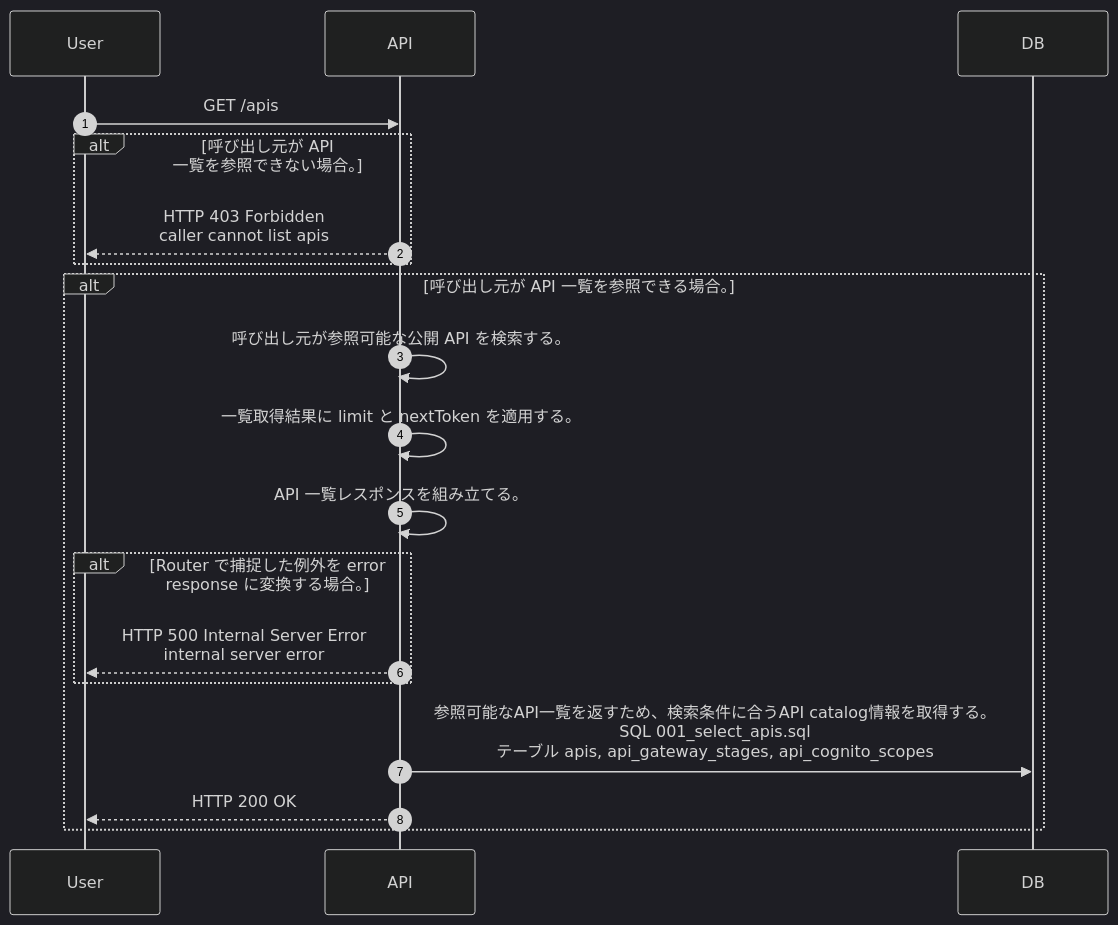
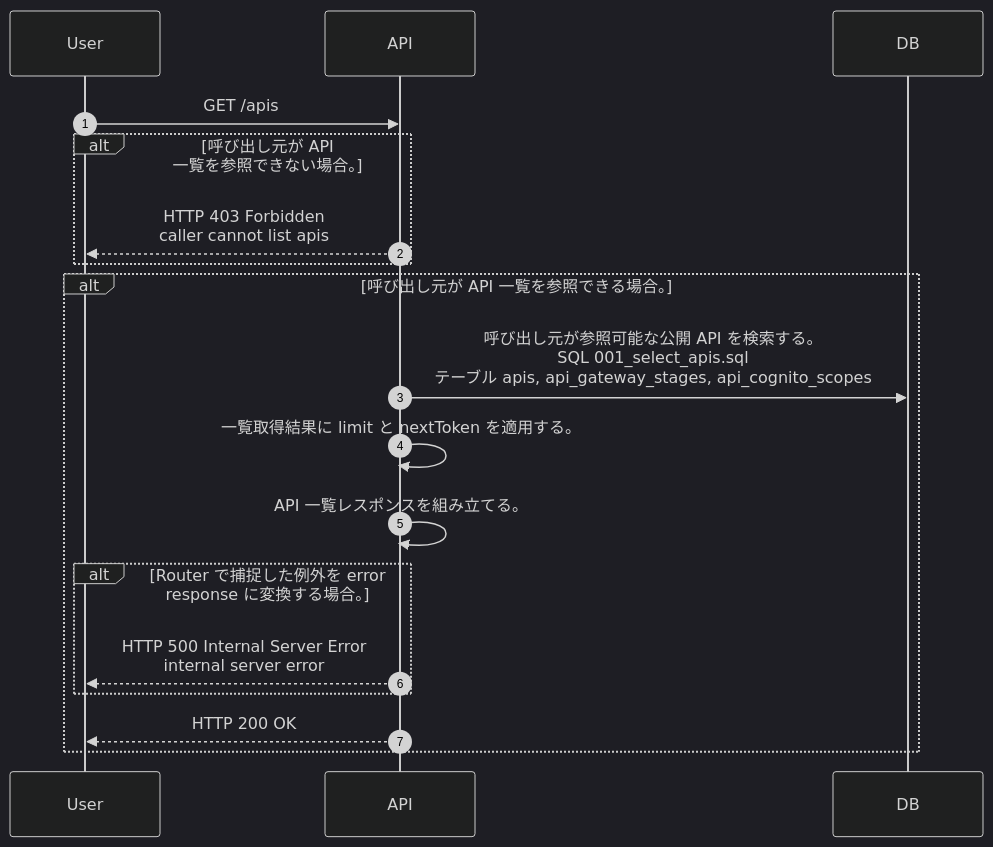
The diagram in docs/spec/40.apis/apis/list_apis/sequence_gen.md (tsuji-tomonori/lazunex), drawn with Mermaid (dark theme) before and after one commit. The commit also changed 14 other files, not shown here.

````diff
--- a/docs/spec/40.apis/apis/list_apis/sequence_gen.md
+++ b/docs/spec/40.apis/apis/list_apis/sequence_gen.md
@@ -5,21 +5,20 @@
 ```mermaid
 sequenceDiagram
   autonumber
   participant User as User
   participant API as API
   participant DB as DB
   User->>API: GET /apis
   alt 呼び出し元が API 一覧を参照できない場合。
     API-->>User: HTTP 403 Forbidden<br/>caller cannot list apis
   end
   alt 呼び出し元が API 一覧を参照できる場合。
-    API->>API: 呼び出し元が参照可能な公開 API を検索する。
+    API->>DB: 呼び出し元が参照可能な公開 API を検索する。<br/>SQL 001_select_apis.sql<br/>テーブル apis, api_gateway_stages, api_cognito_scopes
     API->>API: 一覧取得結果に limit と nextToken を適用する。
     API->>API: API 一覧レスポンスを組み立てる。
     alt Router で捕捉した例外を error response に変換する場合。
       API-->>User: HTTP 500 Internal Server Error<br/>internal server error
     end
-    API->>DB: 参照可能なAPI一覧を返すため、検索条件に合うAPI catalog情報を取得する。<br/>SQL 001_select_apis.sql<br/>テーブル apis, api_gateway_stages, api_cognito_scopes
     API-->>User: HTTP 200 OK
   end
 ```
````
